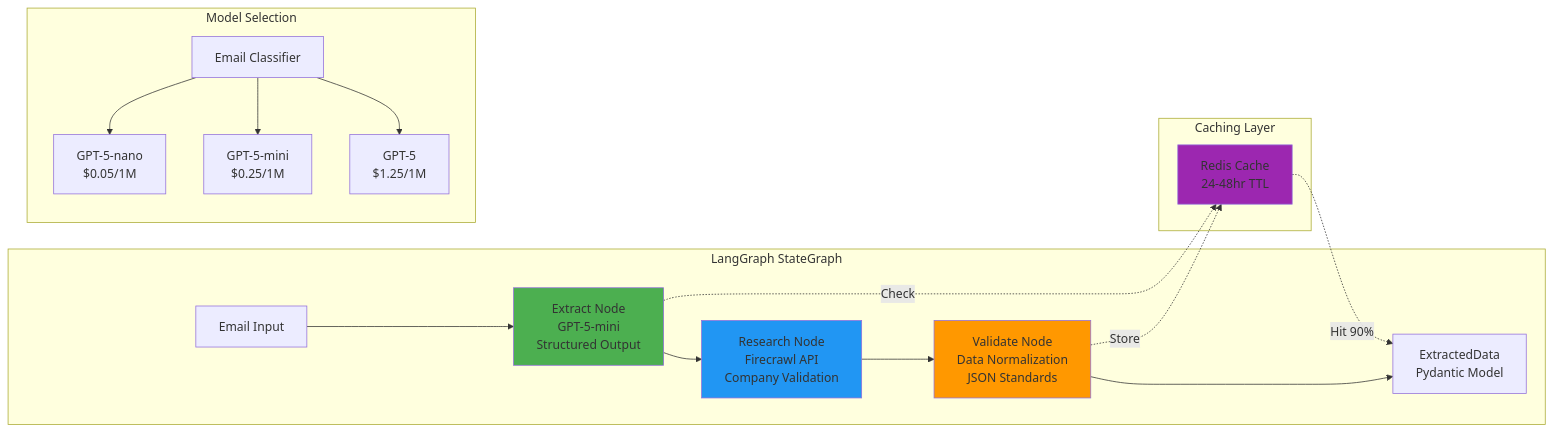
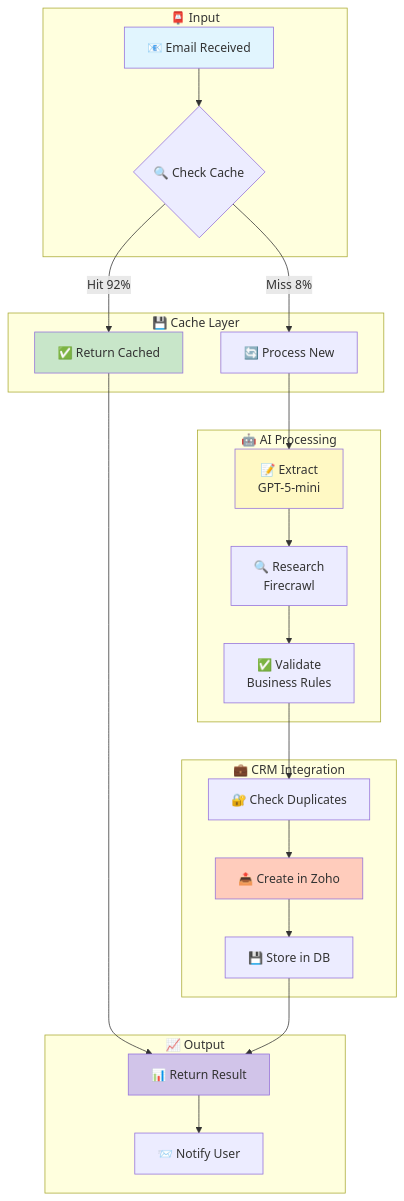
The fifth of 13 diagrams in ARCHITECTURE.md (romiteld/ZohoDealCreation), drawn with Mermaid before and after one commit. The commit also changed other lines of this file and 2 other files, not shown here.

First line of the commit message:
Architecture: Update C4 diagrams to accurately reflect codebase and Azure infrastructure

````diff
--- a/ARCHITECTURE.md
+++ b/ARCHITECTURE.md
@@ -124,26 +320,35 @@
 ```mermaid
-graph LR
-    subgraph "LangGraph StateGraph"
-        START[Email Input] --> EXTRACT[Extract Node<br/>GPT-5-mini<br/>Structured Output]
-        EXTRACT --> RESEARCH[Research Node<br/>Firecrawl API<br/>Company Validation]
-        RESEARCH --> VALIDATE[Validate Node<br/>Data Normalization<br/>JSON Standards]
-        VALIDATE --> OUTPUT[ExtractedData<br/>Pydantic Model]
+flowchart TB
+    subgraph "📮 Input"
+        A[📧 Email Received] --> B{🔍 Check Cache}
     end
-
-    subgraph "Caching Layer"
-        EXTRACT -.->|Check| REDIS[Redis Cache<br/>24-48hr TTL]
-        REDIS -.->|Hit 90%| OUTPUT
-        VALIDATE -.->|Store| REDIS
+    
+    subgraph "💾 Cache Layer"
+        B -->|Hit 92%| C[✅ Return Cached]
+        B -->|Miss 8%| D[🔄 Process New]
     end
-
-    subgraph "Model Selection"
-        CLASSIFIER[Email Classifier] --> NANO[GPT-5-nano<br/>$0.05/1M]
-        CLASSIFIER --> MINI[GPT-5-mini<br/>$0.25/1M]
-        CLASSIFIER --> FULL[GPT-5<br/>$1.25/1M]
+    
+    subgraph "🤖 AI Processing"
+        D --> E[📝 Extract<br/>GPT-5-mini]
+        E --> F[🔍 Research<br/>Firecrawl]
+        F --> G[✅ Validate<br/>Business Rules]
     end
-
-    style EXTRACT fill:#4CAF50
-    style RESEARCH fill:#2196F3
-    style VALIDATE fill:#FF9800
-    style REDIS fill:#9C27B0
+    
+    subgraph "💼 CRM Integration"
+        G --> H[🔐 Check Duplicates]
+        H --> I[📤 Create in Zoho]
+        I --> J[💾 Store in DB]
+    end
+    
+    subgraph "📈 Output"
+        C --> K[📊 Return Result]
+        J --> K
+        K --> L[📨 Notify User]
+    end
+    
+    style A fill:#e1f5fe
+    style C fill:#c8e6c9
+    style E fill:#fff9c4
+    style I fill:#ffccbc
+    style K fill:#d1c4e9
 ```
````
